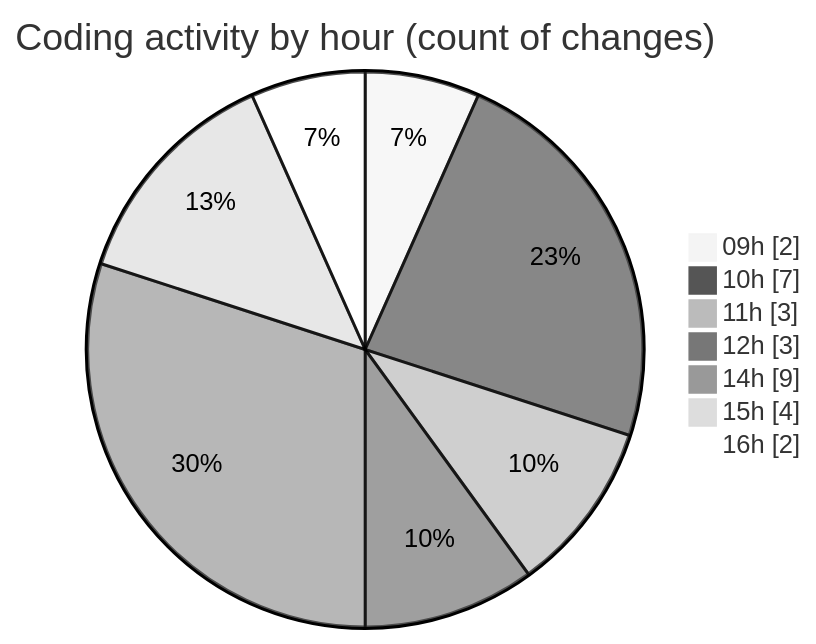
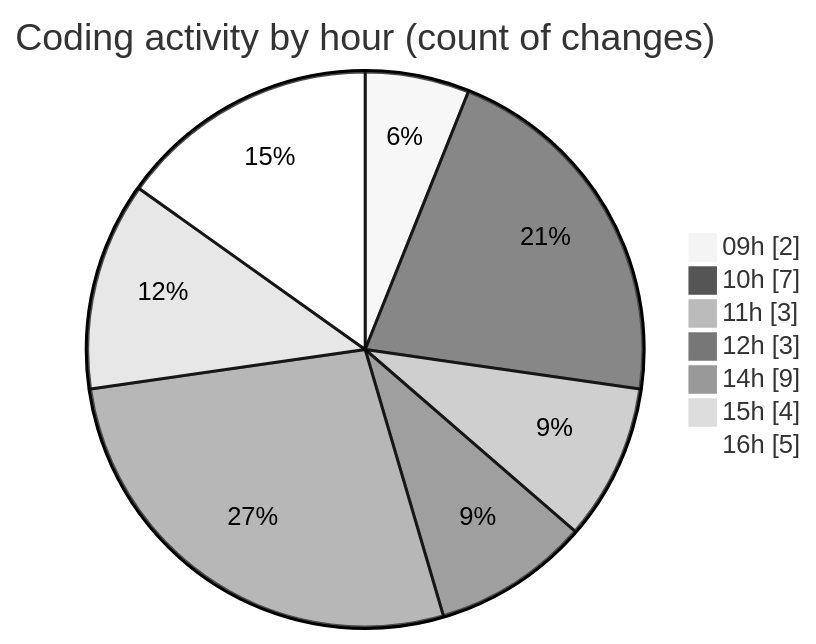
The second of 2 diagrams in 2026-03-02/typescript/README.md (igalym/code-tracking), drawn with Mermaid (neutral theme) before and after one commit. The commit also changed other lines of this file and 1 other file, not shown here.

````diff
--- a/2026-03-02/typescript/README.md
+++ b/2026-03-02/typescript/README.md
@@ -34,11 +34,11 @@
 ```mermaid
 pie showData
 title Coding activity by hour (count of changes)
 "09h" : 2
 "10h" : 7
 "11h" : 3
 "12h" : 3
 "14h" : 9
 "15h" : 4
-"16h" : 2
+"16h" : 5
 ```
````
